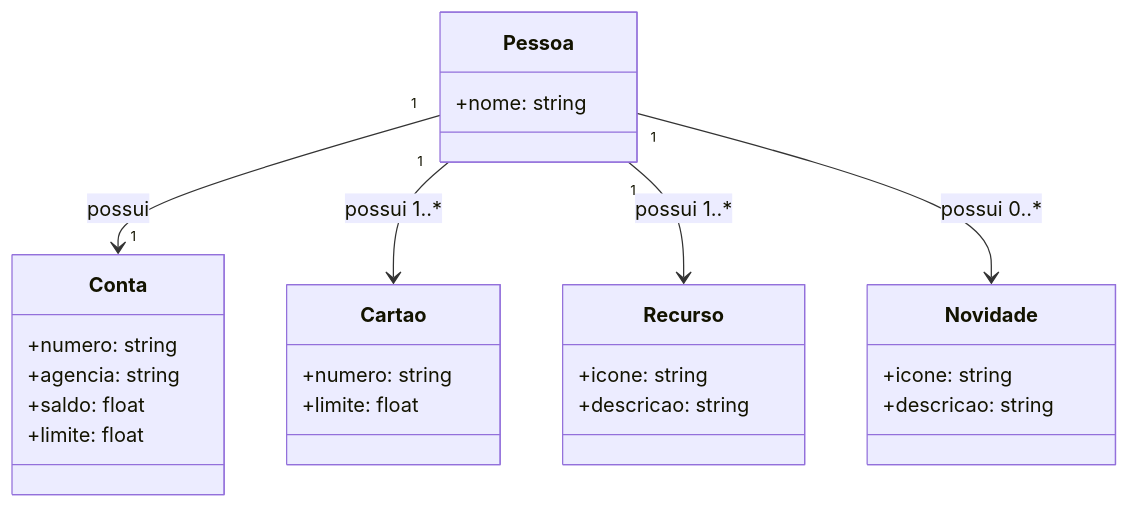
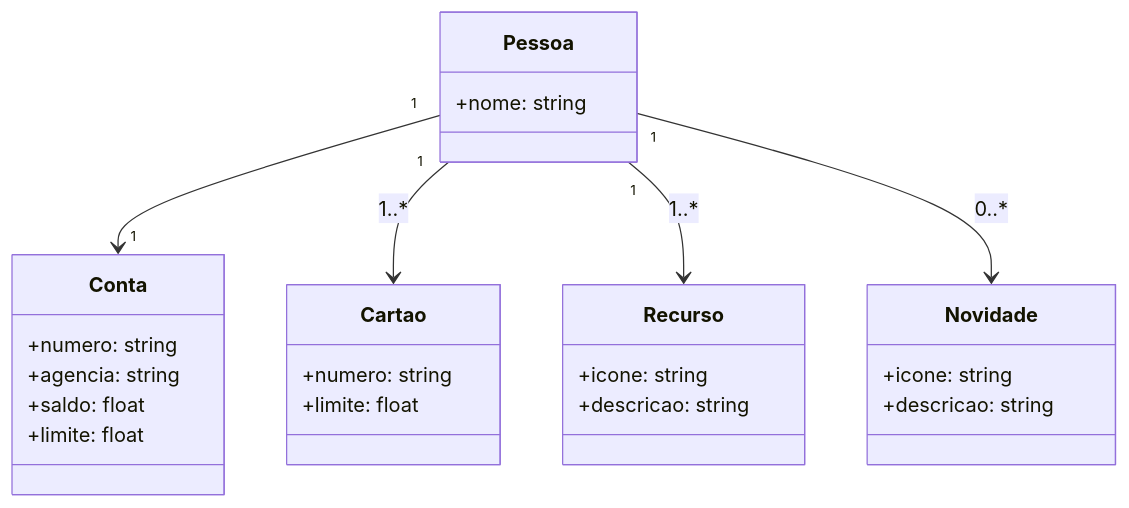
The diagram in README.md (vitoremerique/santander-bootcamp-java-backend-2023), drawn with Mermaid before and after one commit.

````diff
--- a/README.md
+++ b/README.md
@@ -5,33 +5,33 @@
 ```mermaid
 classDiagram
     class Pessoa {
         +nome: string
     }
 
     class Conta {
         +numero: string
         +agencia: string
         +saldo: float
         +limite: float
     }
 
     class Cartao {
         +numero: string
         +limite: float
     }
 
     class Recurso {
         +icone: string
         +descricao: string
     }
 
     class Novidade {
         +icone: string
         +descricao: string
     }
 
-    Pessoa "1" --> "1" Conta : possui
-    Pessoa "1" --> Cartao : possui 1..*
-    Pessoa  "1" -->  Recurso : possui 1..*
-    Pessoa "1" --> Novidade : possui 0..*
+    Pessoa "1" --> "1" Conta : 
+    Pessoa "1" --> Cartao : 1..*
+    Pessoa  "1" -->  Recurso :  1..*
+    Pessoa "1" --> Novidade :  0..*
 ```
````
